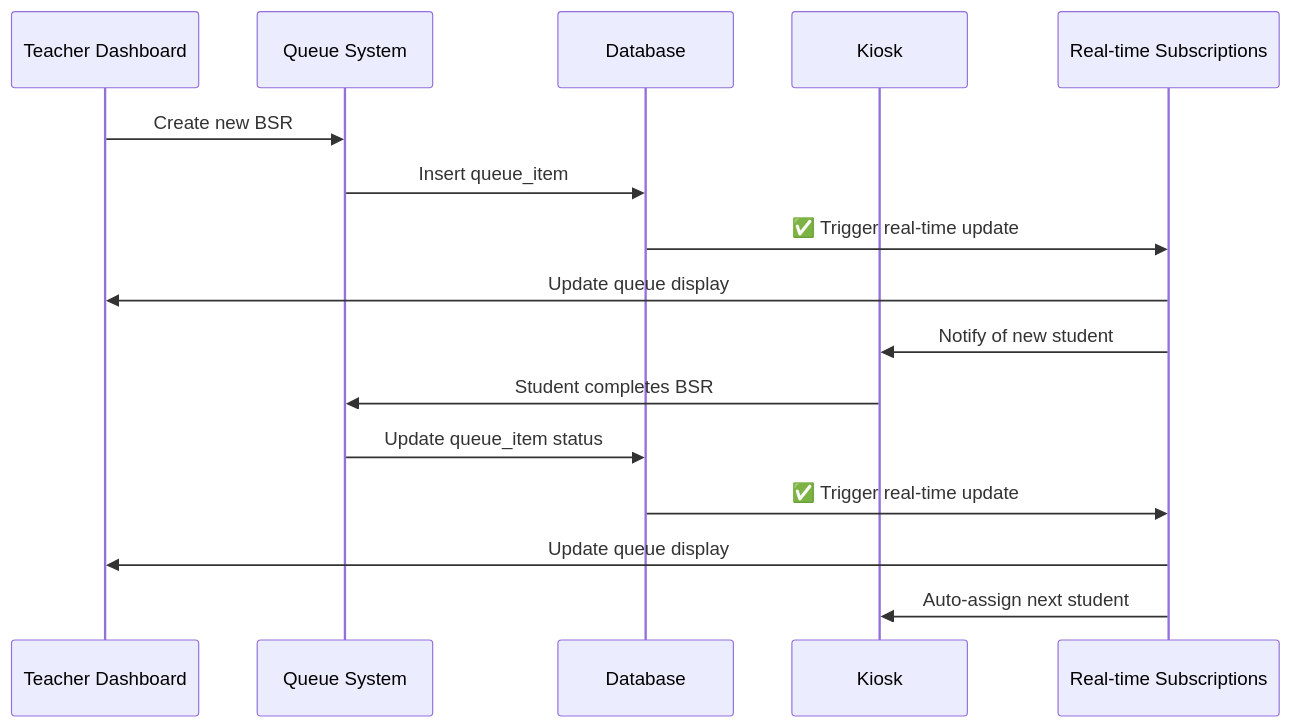
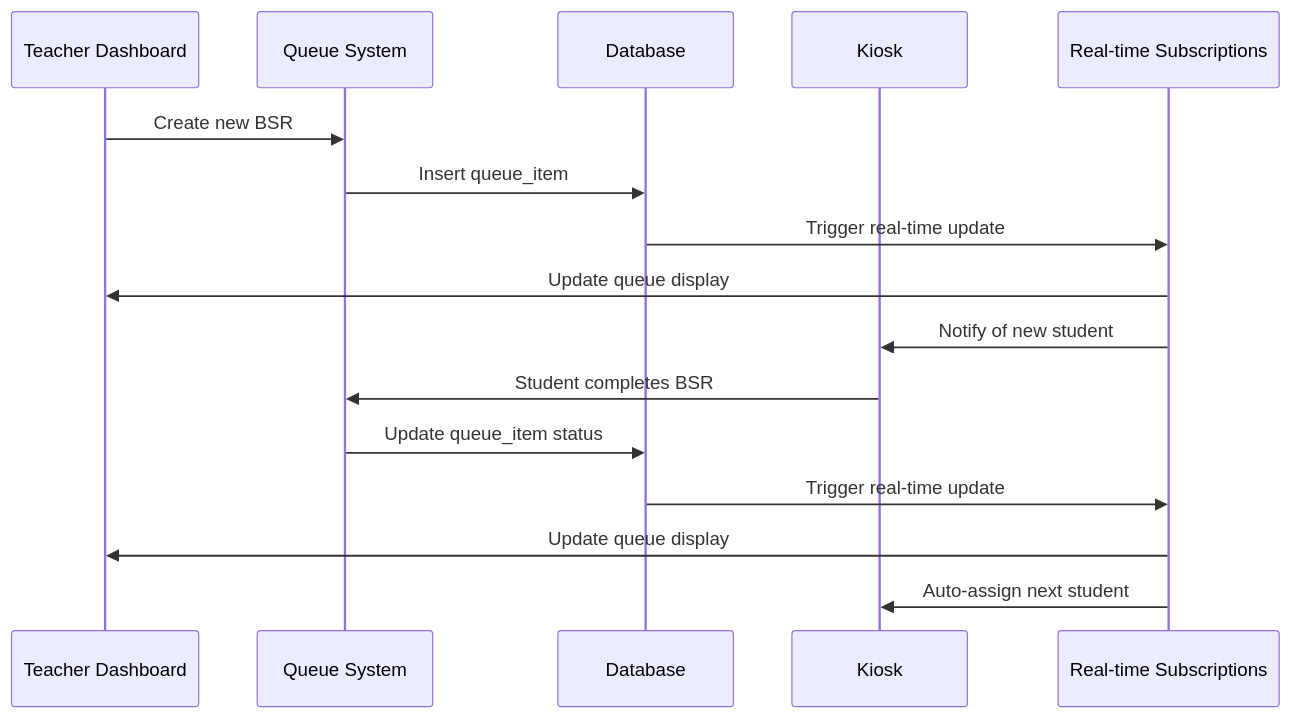
One commit to Splurfa/bx-os changed the third of 6 diagrams in Docs/Flowcharts/Sprint-02-Targets/07-updated-queue-management.md. Above: the diagram before and after it, drawn with Mermaid. The commit also changed other lines of this file and 12 other files, not shown here.

First line of the commit message:
Fix flowchart syntax and numbering

````diff
--- a/Docs/Flowcharts/Sprint-02-Targets/07-updated-queue-management.md
+++ b/Docs/Flowcharts/Sprint-02-Targets/07-updated-queue-management.md
@@ -62,20 +62,20 @@
 ```mermaid
 sequenceDiagram
     participant T as Teacher Dashboard
     participant Q as Queue System
     participant DB as Database
     participant K as Kiosk
     participant RT as Real-time Subscriptions
 
     T->>Q: Create new BSR
     Q->>DB: Insert queue_item
-    DB->>RT: ✅ Trigger real-time update
+    DB->>RT: Trigger real-time update
     RT->>T: Update queue display
     RT->>K: Notify of new student
     
     K->>Q: Student completes BSR
     Q->>DB: Update queue_item status
-    DB->>RT: ✅ Trigger real-time update
+    DB->>RT: Trigger real-time update
     RT->>T: Update queue display
     RT->>K: Auto-assign next student
 ```
````
